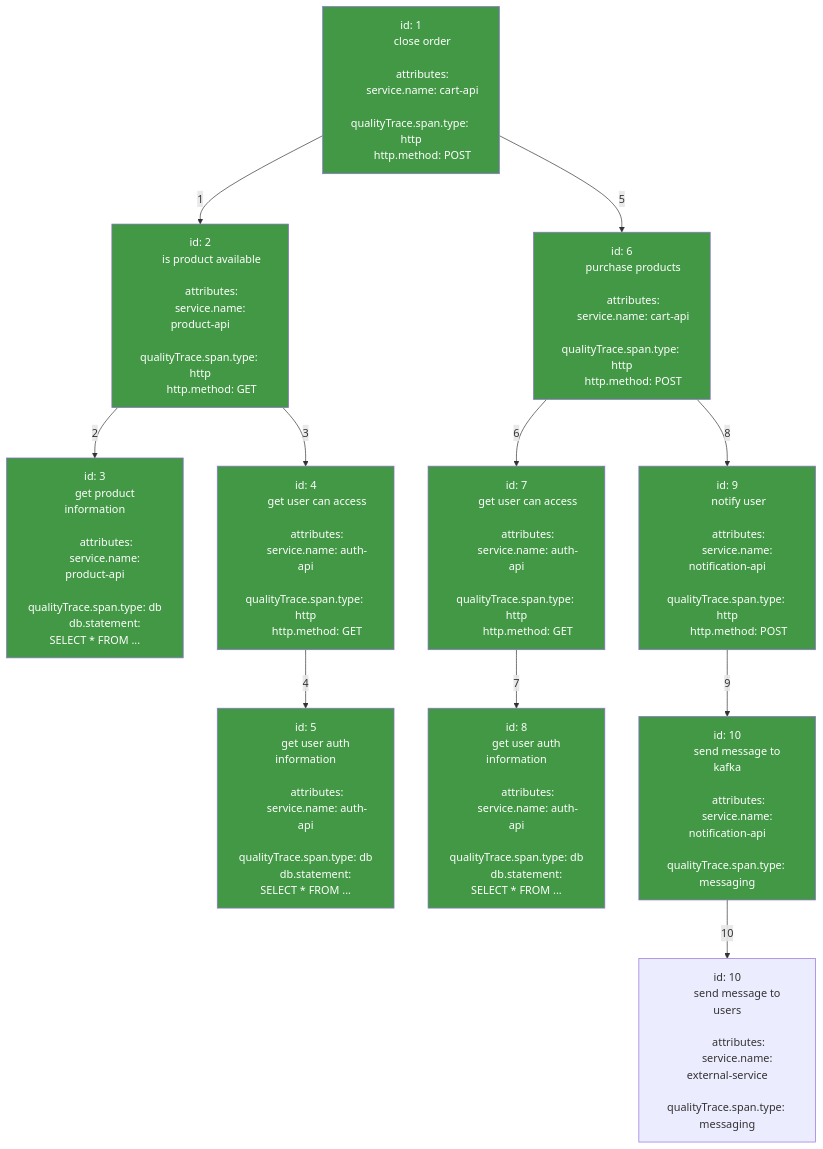
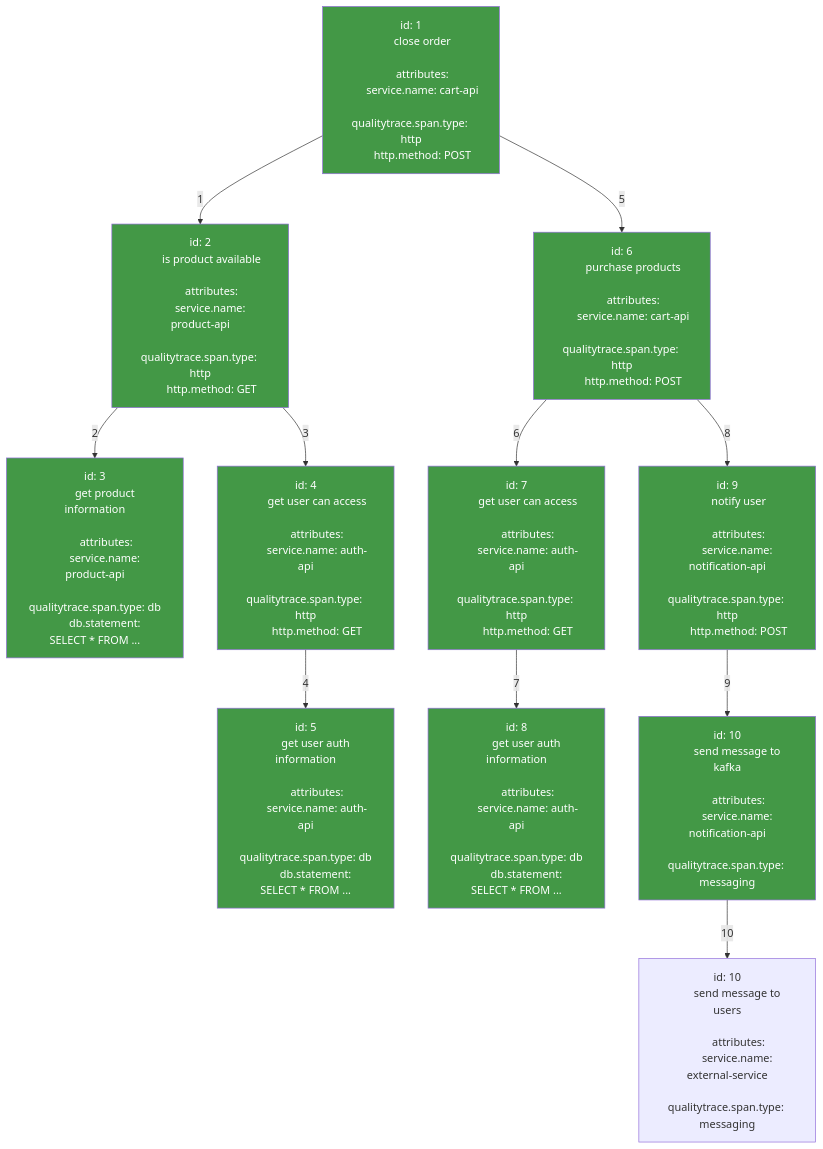
One commit to intelops/qualitytrace changed the fifth of 12 diagrams in docs/docs/concepts/selectors.mdx. Above: the diagram before and after it, drawn with Mermaid. The commit also changed other lines of this file and 810 other files, not shown here.

Commit message:
fix: name change from qualityTrace to qualitytrace

```diff
--- a/docs/docs/concepts/selectors.mdx
+++ b/docs/docs/concepts/selectors.mdx
@@ -419,7 +419,7 @@
 
         attributes:
         service.name: cart-api
-        qualityTrace.span.type: http
+        qualitytrace.span.type: http
         http.method: POST
     "]
     B[" id: 2
@@ -427,7 +427,7 @@
 
         attributes:
         service.name: product-api
-        qualityTrace.span.type: http
+        qualitytrace.span.type: http
         http.method: GET
     "]
     C[" id: 3
@@ -435,7 +435,7 @@
 
         attributes:
         service.name: product-api
-        qualityTrace.span.type: db
+        qualitytrace.span.type: db
         db.statement: SELECT * FROM ...
     "]
     D[" id: 4
@@ -443,7 +443,7 @@
 
         attributes:
         service.name: auth-api
-        qualityTrace.span.type: http
+        qualitytrace.span.type: http
         http.method: GET
     "]
     E[" id: 5
@@ -451,7 +451,7 @@
 
         attributes:
         service.name: auth-api
-        qualityTrace.span.type: db
+        qualitytrace.span.type: db
         db.statement: SELECT * FROM ...
     "]
     F[" id: 6
@@ -459,7 +459,7 @@
 
         attributes:
         service.name: cart-api
-        qualityTrace.span.type: http
+        qualitytrace.span.type: http
         http.method: POST
     "]
     G[" id: 7
@@ -467,7 +467,7 @@
 
         attributes:
         service.name: auth-api
-        qualityTrace.span.type: http
+        qualitytrace.span.type: http
         http.method: GET
     "]
     H[" id: 8
@@ -475,7 +475,7 @@
 
         attributes:
         service.name: auth-api
-        qualityTrace.span.type: db
+        qualitytrace.span.type: db
         db.statement: SELECT * FROM ...
     "]
     I[" id: 9
@@ -483,7 +483,7 @@
 
         attributes:
         service.name: notification-api
-        qualityTrace.span.type: http
+        qualitytrace.span.type: http
         http.method: POST
     "]
     J[" id: 10
@@ -491,14 +491,14 @@
 
         attributes:
         service.name: notification-api
-        qualityTrace.span.type: messaging
+        qualitytrace.span.type: messaging
     "]
     K[" id: 10
         send message to users
 
         attributes:
         service.name: external-service
-        qualityTrace.span.type: messaging
+        qualitytrace.span.type: messaging
     "]
 
 
```
